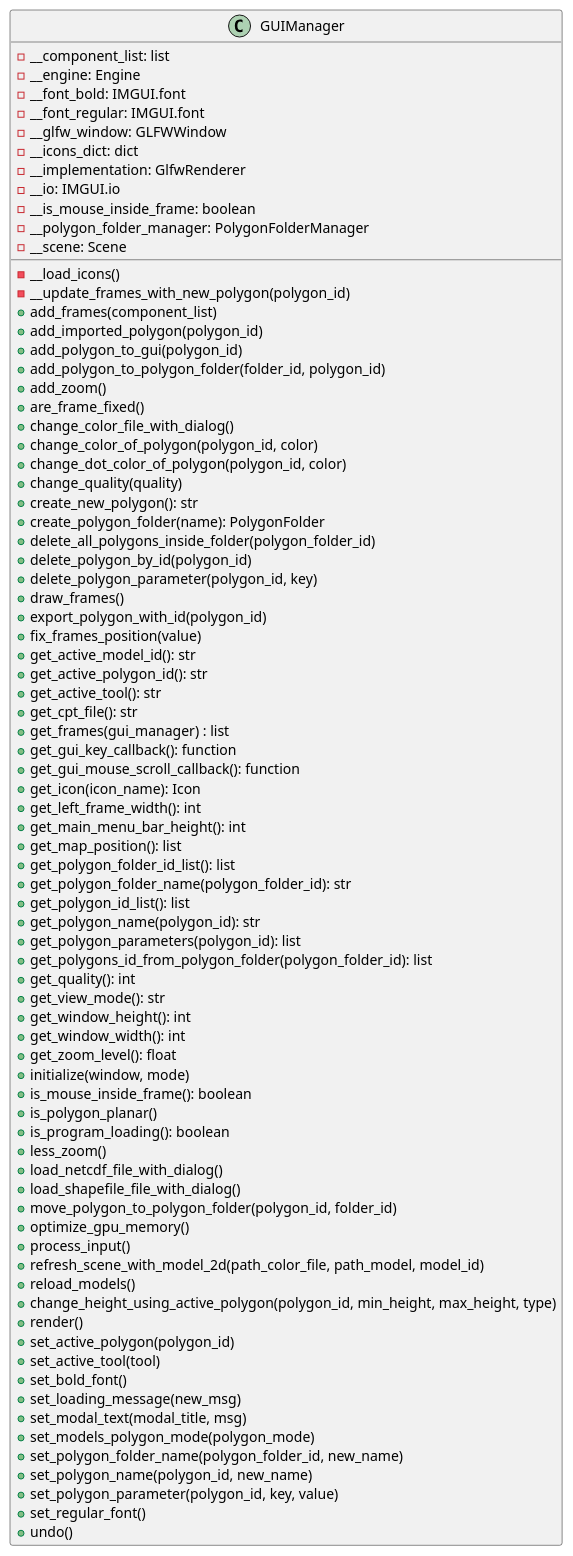
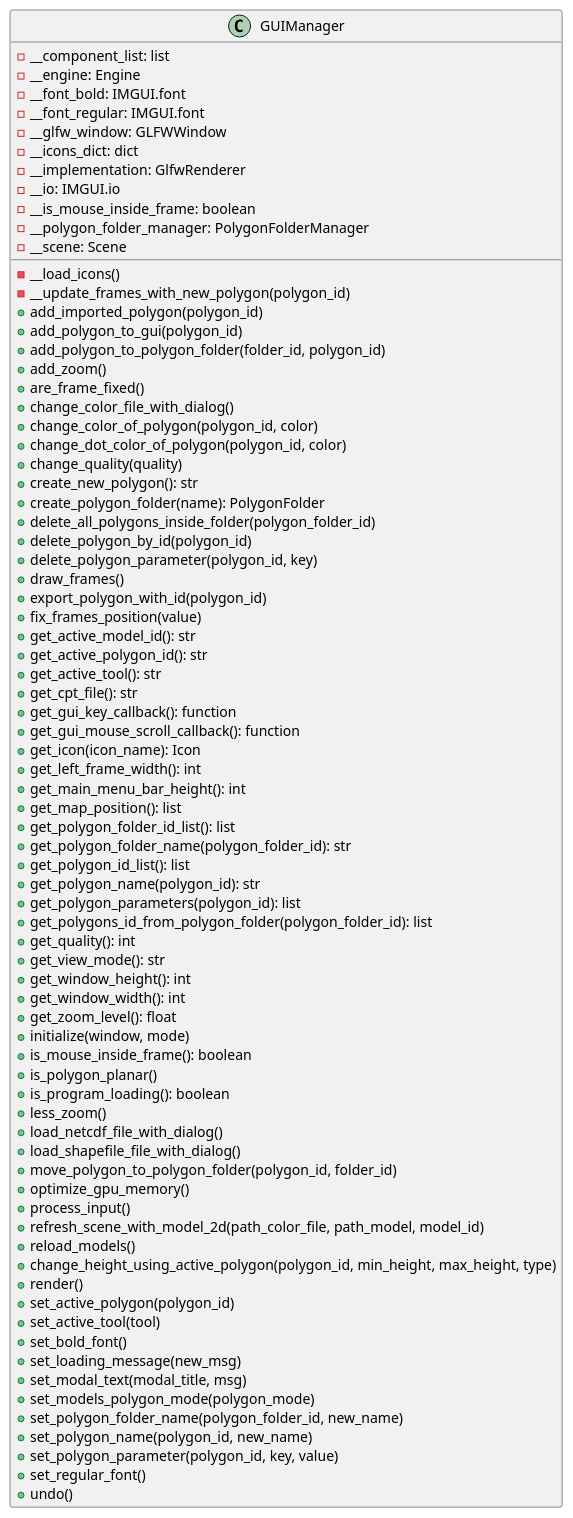
The diagram in docs/classes/GUIManager.puml (ferpoble2/Relief_Creator), drawn with PlantUML before and after one commit. The commit also changed 2 other files, not shown here.

Commit message:
Deleted methods add and get frames. changed logic to the initialize method.
Added assertion errors for the loading and set modal frames

```diff
--- a/docs/classes/GUIManager.puml
+++ b/docs/classes/GUIManager.puml
@@ -1,84 +1,82 @@
 @startuml
 'https://plantuml.com/class-diagram
 class GUIManager{
     - __component_list: list
     - __engine: Engine
     - __font_bold: IMGUI.font
     - __font_regular: IMGUI.font
     - __glfw_window: GLFWWindow
     - __icons_dict: dict
     - __implementation: GlfwRenderer
     - __io: IMGUI.io
     - __is_mouse_inside_frame: boolean
     - __polygon_folder_manager: PolygonFolderManager
     - __scene: Scene
 
     - __load_icons()
     - __update_frames_with_new_polygon(polygon_id)
-    + add_frames(component_list)
     + add_imported_polygon(polygon_id)
     + add_polygon_to_gui(polygon_id)
     + add_polygon_to_polygon_folder(folder_id, polygon_id)
     + add_zoom()
     + are_frame_fixed()
     + change_color_file_with_dialog()
     + change_color_of_polygon(polygon_id, color)
     + change_dot_color_of_polygon(polygon_id, color)
     + change_quality(quality)
     + create_new_polygon(): str
     + create_polygon_folder(name): PolygonFolder
     + delete_all_polygons_inside_folder(polygon_folder_id)
     + delete_polygon_by_id(polygon_id)
     + delete_polygon_parameter(polygon_id, key)
     + draw_frames()
     + export_polygon_with_id(polygon_id)
     + fix_frames_position(value)
     + get_active_model_id(): str
     + get_active_polygon_id(): str
     + get_active_tool(): str
     + get_cpt_file(): str
-    + get_frames(gui_manager) : list
     + get_gui_key_callback(): function
     + get_gui_mouse_scroll_callback(): function
     + get_icon(icon_name): Icon
     + get_left_frame_width(): int
     + get_main_menu_bar_height(): int
     + get_map_position(): list
     + get_polygon_folder_id_list(): list
     + get_polygon_folder_name(polygon_folder_id): str
     + get_polygon_id_list(): list
     + get_polygon_name(polygon_id): str
     + get_polygon_parameters(polygon_id): list
     + get_polygons_id_from_polygon_folder(polygon_folder_id): list
     + get_quality(): int
     + get_view_mode(): str
     + get_window_height(): int
     + get_window_width(): int
     + get_zoom_level(): float
     + initialize(window, mode)
     + is_mouse_inside_frame(): boolean
     + is_polygon_planar()
     + is_program_loading(): boolean
     + less_zoom()
     + load_netcdf_file_with_dialog()
     + load_shapefile_file_with_dialog()
     + move_polygon_to_polygon_folder(polygon_id, folder_id)
     + optimize_gpu_memory()
     + process_input()
     + refresh_scene_with_model_2d(path_color_file, path_model, model_id)
     + reload_models()
     + change_height_using_active_polygon(polygon_id, min_height, max_height, type)
     + render()
     + set_active_polygon(polygon_id)
     + set_active_tool(tool)
     + set_bold_font()
     + set_loading_message(new_msg)
     + set_modal_text(modal_title, msg)
     + set_models_polygon_mode(polygon_mode)
     + set_polygon_folder_name(polygon_folder_id, new_name)
     + set_polygon_name(polygon_id, new_name)
     + set_polygon_parameter(polygon_id, key, value)
     + set_regular_font()
     + undo()
 }
 @enduml
```
